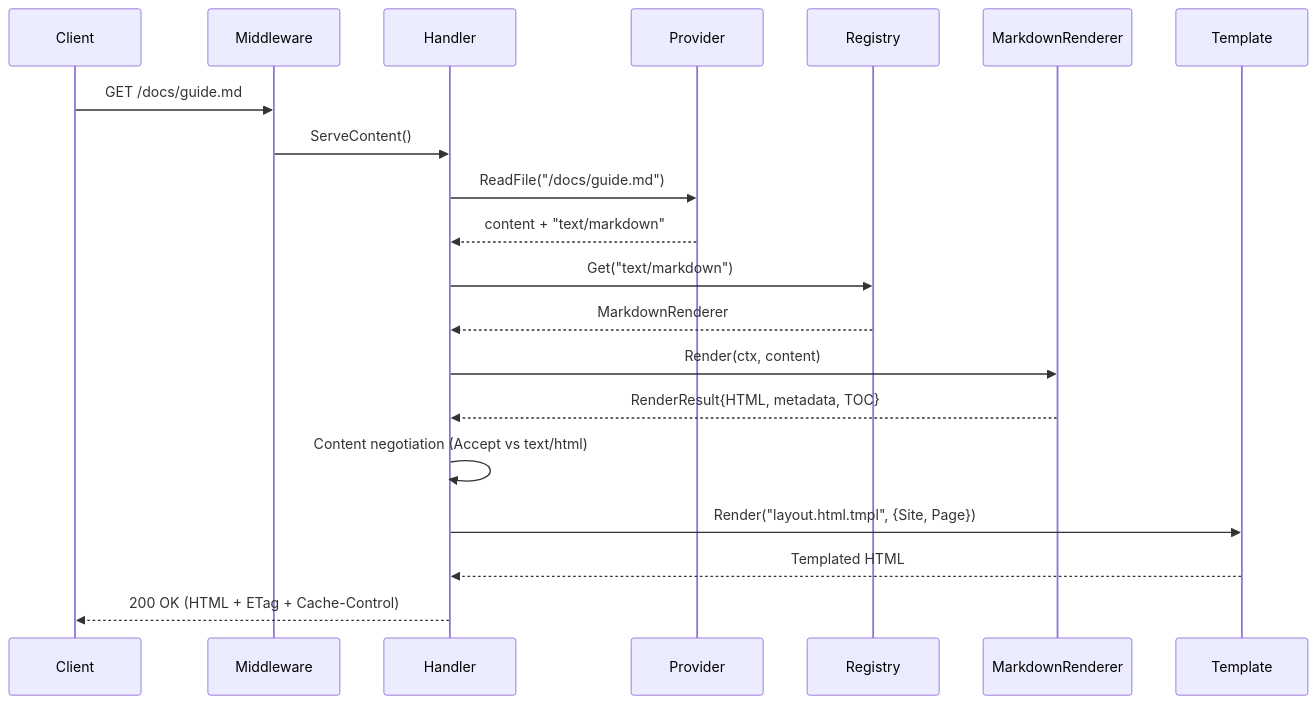
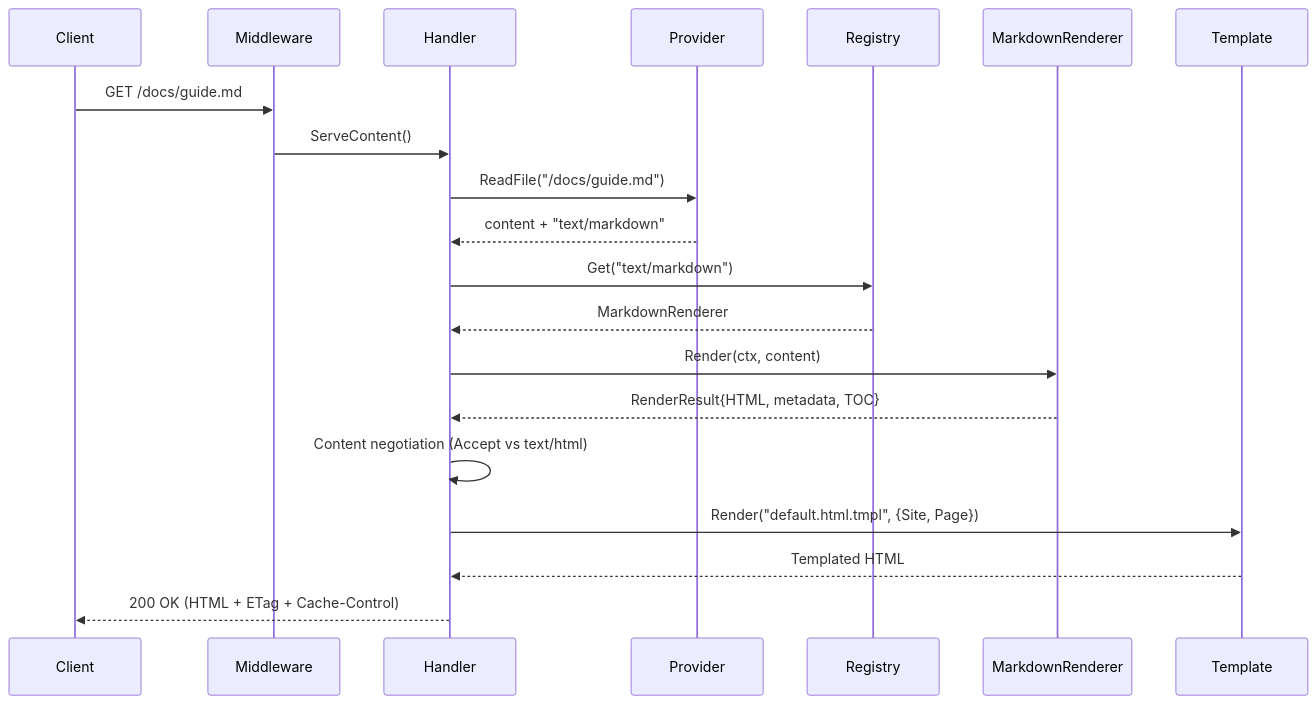
One commit to monolithiclab/gomddoc changed the second of 3 diagrams in docs/architecture.md. Above: the diagram before and after it, drawn with Mermaid. The commit also changed other lines of this file and 19 other files, not shown here.

````diff
--- a/docs/architecture.md
+++ b/docs/architecture.md
@@ -264,23 +264,23 @@
 ```mermaid
 sequenceDiagram
     participant C as Client
     participant M as Middleware
     participant H as Handler
     participant P as Provider
     participant Reg as Registry
     participant R as MarkdownRenderer
     participant T as Template
 
     C->>M: GET /docs/guide.md
     M->>H: ServeContent()
     H->>P: ReadFile("/docs/guide.md")
     P-->>H: content + "text/markdown"
     H->>Reg: Get("text/markdown")
     Reg-->>H: MarkdownRenderer
     H->>R: Render(ctx, content)
     R-->>H: RenderResult{HTML, metadata, TOC}
     H->>H: Content negotiation (Accept vs text/html)
-    H->>T: Render("layout.html.tmpl", {Site, Page})
+    H->>T: Render("default.html.tmpl", {Site, Page})
     T-->>H: Templated HTML
     H-->>C: 200 OK (HTML + ETag + Cache-Control)
 ```
````
